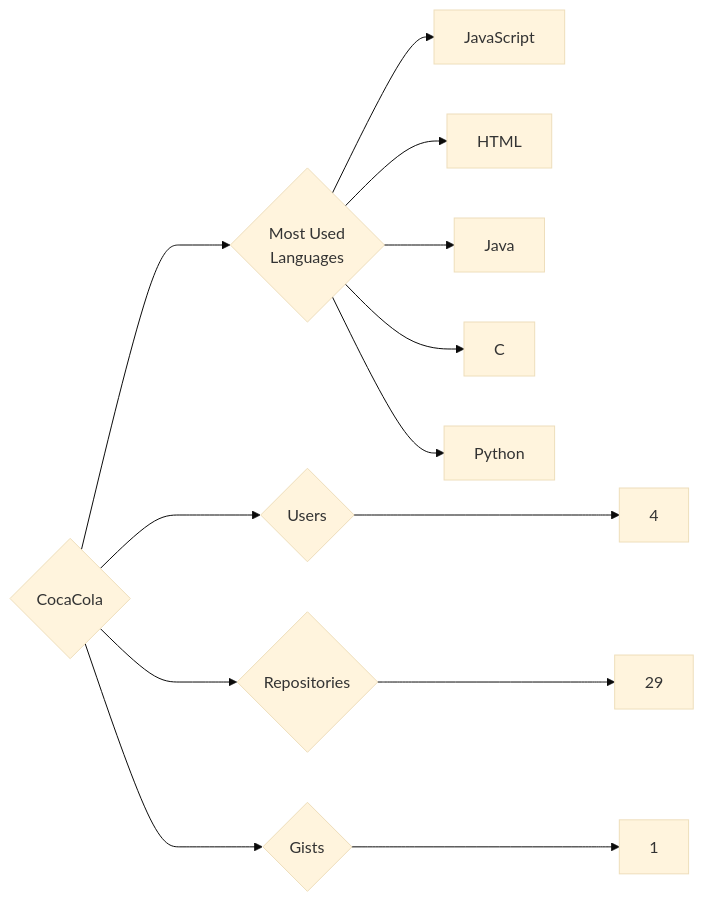
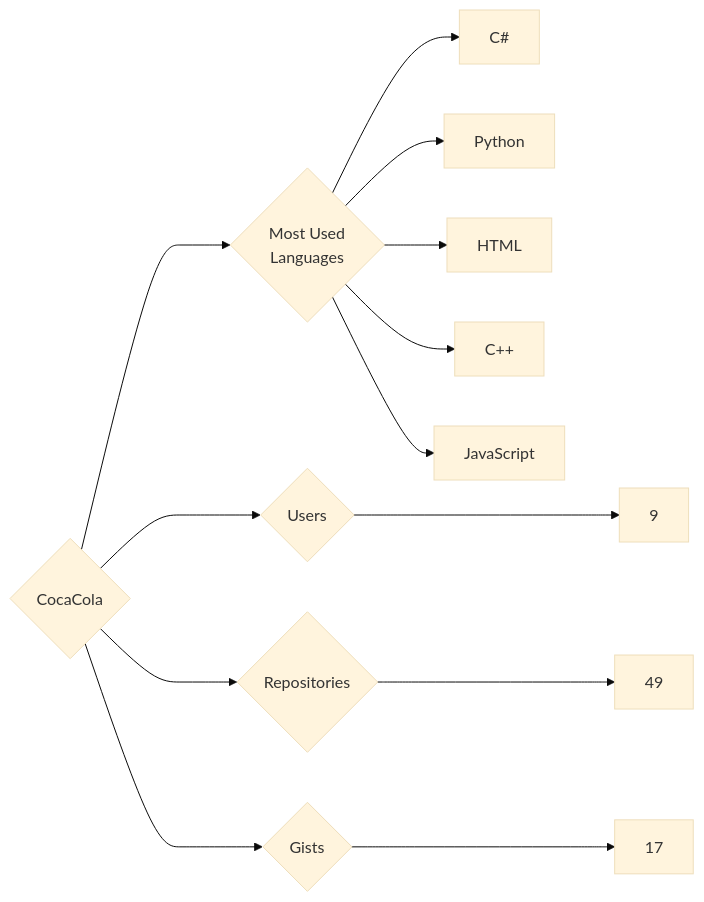
The diagram in targets/CocaCola/README.md (trickest/insiders), drawn with Mermaid (base theme) before and after one commit. The commit also changed 1314 other files, not shown here.

````diff
--- a/targets/CocaCola/README.md
+++ b/targets/CocaCola/README.md
@@ -3,13 +3,13 @@
 ```mermaid
 graph LR
 COMPANY_NAME{CocaCola}
-COMPANY_NAME ---> U{Users} ---> UN[4]
-COMPANY_NAME ---> R{Repositories} ---> RN[29]
-COMPANY_NAME ---> G{Gists} ---> GN[1]
+COMPANY_NAME ---> U{Users} ---> UN[9]
+COMPANY_NAME ---> R{Repositories} ---> RN[49]
+COMPANY_NAME ---> G{Gists} ---> GN[17]
 COMPANY_NAME ---> ML{Most Used<br>Languages}
+ML --> C#[C#]
+ML --> Python[Python]
+ML --> HTML[HTML]
+ML --> C++[C++]
 ML --> JavaScript[JavaScript]
-ML --> HTML[HTML]
-ML --> Java[Java]
-ML --> C[C]
-ML --> Python[Python]
 ```
````
